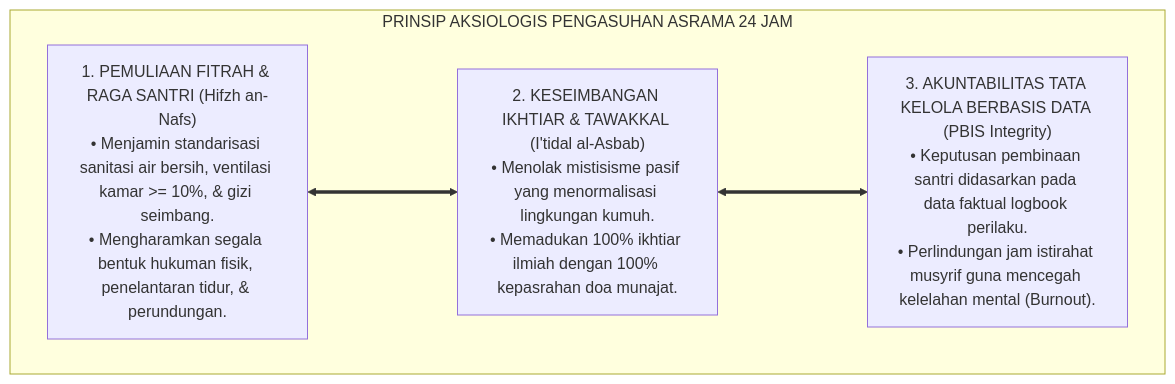
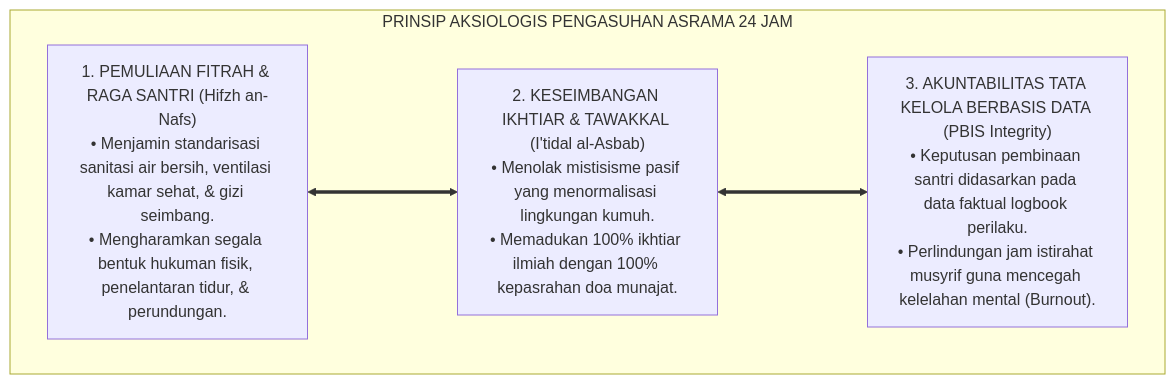
Before and after one commit to wandiapriliyandi/tumbuh: the fifth of 5 diagrams in 01 Philosophy/01 Worldview/01 Hakikat Realitas/P1-01-01-01-Definisi-Realitas.md, drawn with Mermaid. The commit also changed other lines of this file and 7 other files, not shown here.

````diff
--- a/01 Philosophy/01 Worldview/01 Hakikat Realitas/P1-01-01-01-Definisi-Realitas.md
+++ b/01 Philosophy/01 Worldview/01 Hakikat Realitas/P1-01-01-01-Definisi-Realitas.md
@@ -219,13 +183,13 @@
 ```mermaid
 flowchart TD
     subgraph EtikaTataKelolaRealisme["PRINSIP AKSIOLOGIS PENGASUHAN ASRAMA 24 JAM"]
         
-        E1["1. PEMULIAAN FITRAH & RAGA SANTRI (Hifzh an-Nafs)<br/>• Menjamin standarisasi sanitasi air bersih, ventilasi kamar >= 10%, & gizi seimbang.<br/>• Mengharamkan segala bentuk hukuman fisik, penelantaran tidur, & perundungan."]
+        E1["1. PEMULIAAN FITRAH & RAGA SANTRI (Hifzh an-Nafs)<br/>• Menjamin standarisasi sanitasi air bersih, ventilasi kamar sehat, & gizi seimbang.<br/>• Mengharamkan segala bentuk hukuman fisik, penelantaran tidur, & perundungan."]
         
         E2["2. KESEIMBANGAN IKHTIAR & TAWAKKAL (I'tidal al-Asbab)<br/>• Menolak mistisisme pasif yang menormalisasi lingkungan kumuh.<br/>• Memadukan 100% ikhtiar ilmiah dengan 100% kepasrahan doa munajat."]
         
         E3["3. AKUNTABILITAS TATA KELOLA BERBASIS DATA (PBIS Integrity)<br/>• Keputusan pembinaan santri didasarkan pada data faktual logbook perilaku.<br/>• Perlindungan jam istirahat musyrif guna mencegah kelelahan mental (Burnout)."]
         
         E1 <===> E2 <===> E3
     end
 ```
````
